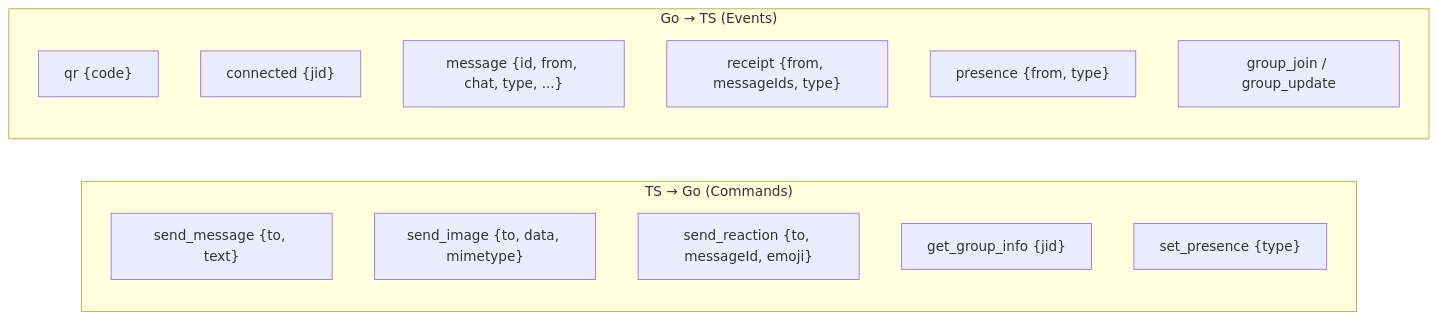
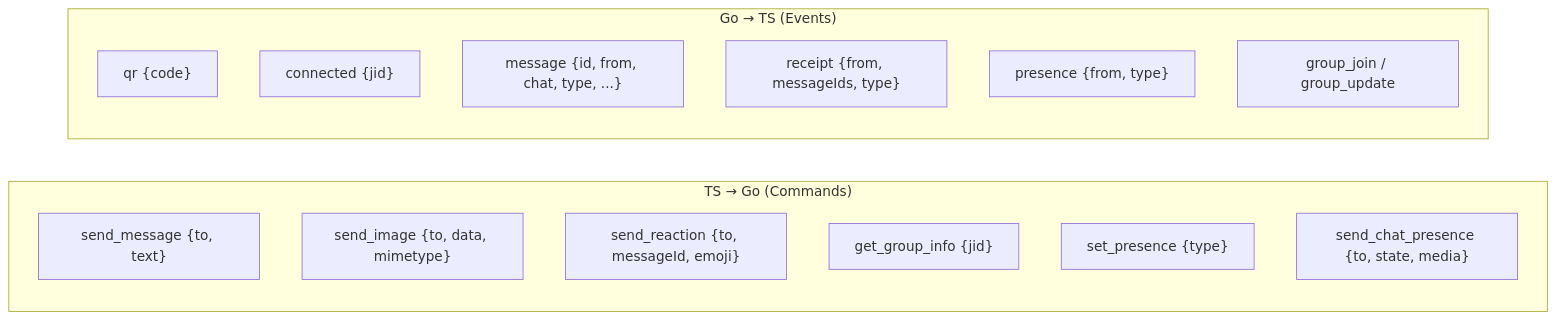
Before and after one commit to ArnabXD/whatspurr: the fifth of 6 diagrams in ARCHITECTURE.md, drawn with Mermaid. The commit also changed other lines of this file and 7 other files, not shown here.

````diff
--- a/ARCHITECTURE.md
+++ b/ARCHITECTURE.md
@@ -145,19 +146,20 @@
 ```mermaid
 graph LR
     subgraph "TS → Go (Commands)"
         C1["send_message {to, text}"]
         C2["send_image {to, data, mimetype}"]
         C3["send_reaction {to, messageId, emoji}"]
         C4["get_group_info {jid}"]
         C5["set_presence {type}"]
+        C6["send_chat_presence {to, state, media}"]
     end
 
     subgraph "Go → TS (Events)"
         E1["qr {code}"]
         E2["connected {jid}"]
         E3["message {id, from, chat, type, ...}"]
         E4["receipt {from, messageIds, type}"]
         E5["presence {from, type}"]
         E6["group_join / group_update"]
     end
 ```
````
